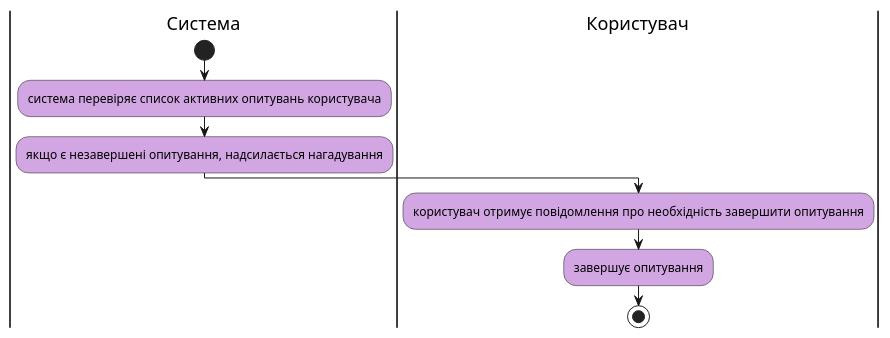
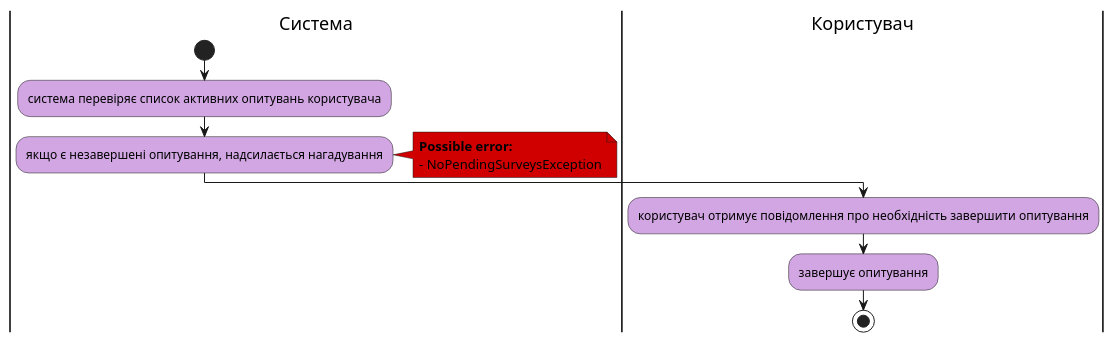
Diagram 14 of 15 in docs/use cases/README.md (sunnytea0/db_labs_my), drawn with PlantUML before and after one commit.

Commit message:
#38: added 2 tables survey reminder and survey delete
added 2 tables survey reminder and survey delete

```diff
--- a/docs/use cases/README.md
+++ b/docs/use cases/README.md
@@ -571,16 +571,20 @@
 @startuml
 
     skinparam ActivityBackgroundColor #d1a6e2
 
     |Система|
     start;
     :система перевіряє список активних опитувань користувача;
     :якщо є незавершені опитування, надсилається нагадування;
+    note right #D10000
+    <b>Possible error:
+    - NoPendingSurveysException
+    end note
 
     |Користувач|
     :користувач отримує повідомлення про необхідність завершити опитування;
     :завершує опитування;
 
     stop;
 
 @enduml
```
